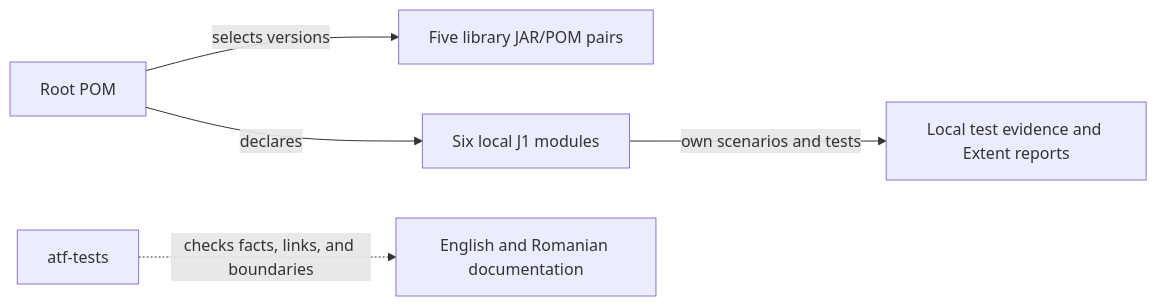
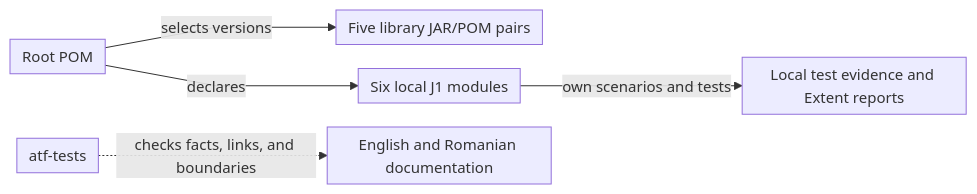
Before and after one commit to crististefanita/atf_j1: the diagram in docs/README.md, drawn with Mermaid. The commit also changed 3 other files, not shown here.

Commit message:
docs: align bilingual reading flow and technical language boundaries

```diff
--- a/docs/README.md
+++ b/docs/README.md
@@ -17,7 +17,8 @@
 ~~~mermaid
+%%{init: {"themeVariables":{"fontSize":"15px"},"themeCSS":".edgeLabel, .edgeLabel p { font-size: 12px !important; } .node rect { rx: 6px; ry: 6px; }","flowchart":{"curve":"linear","nodeSpacing":24,"rankSpacing":22,"padding":6},"sequence":{"mirrorActors":false,"messageMargin":24,"wrap":true}}}%%
 flowchart LR
   POM[Root POM] -->|selects versions| Libraries[Five library JAR/POM pairs]
   POM -->|declares| Modules[Six local J1 modules]
   Modules -->|own scenarios and tests| Evidence[Local test evidence and Extent reports]
   Governance[atf-tests] -.->|checks facts, links, and boundaries| Docs[English and Romanian documentation]
 ~~~
```
